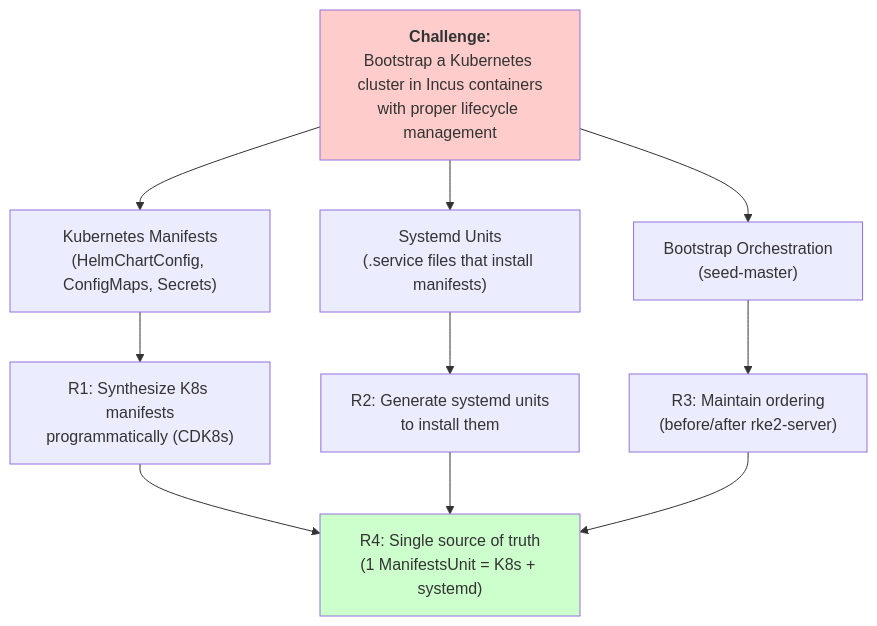
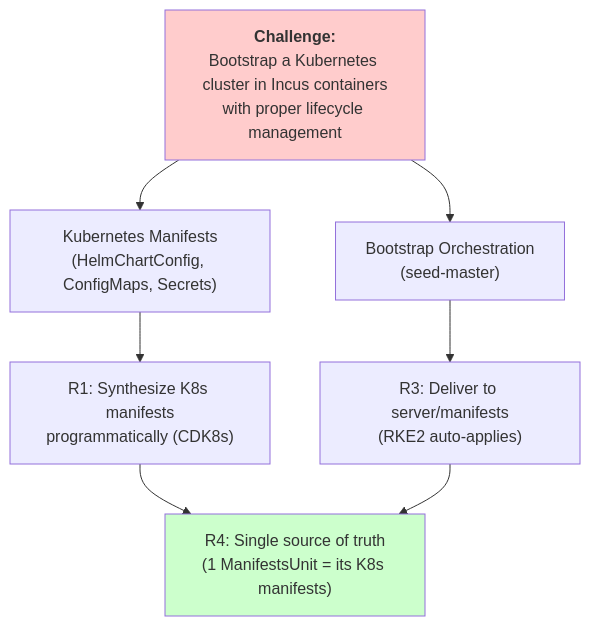
The first of 6 diagrams in docs/architecture/manifests/manifests-architecture.adoc (nxmatic/rke2lab), drawn with Mermaid before and after one commit. The commit also changed other lines of this file and 114 other files, not shown here.

```diff
--- a/docs/architecture/manifests/manifests-architecture.adoc
+++ b/docs/architecture/manifests/manifests-architecture.adoc
@@ -244,27 +225,22 @@
 [mermaid]
 ----
 graph TB
     Problem["<b>Challenge:</b><br/>Bootstrap a Kubernetes cluster in Incus containers<br/>with proper lifecycle management"]
 
     K8sManifests["Kubernetes Manifests<br/>(HelmChartConfig, ConfigMaps, Secrets)"]
-    SystemdUnits["Systemd Units<br/>(.service files that install manifests)"]
     Bootstrap["Bootstrap Orchestration<br/>(seed-master)"]
 
     R1["R1: Synthesize K8s manifests<br/>programmatically (CDK8s)"]
-    R2["R2: Generate systemd units<br/>to install them"]
-    R3["R3: Maintain ordering<br/>(before/after rke2-server)"]
-    R4["R4: Single source of truth<br/>(1 ManifestsUnit = K8s + systemd)"]
+    R3["R3: Deliver to server/manifests<br/>(RKE2 auto-applies)"]
+    R4["R4: Single source of truth<br/>(1 ManifestsUnit = its K8s manifests)"]
 
     Problem --> K8sManifests
-    Problem --> SystemdUnits
     Problem --> Bootstrap
     K8sManifests --> R1
-    SystemdUnits --> R2
     Bootstrap --> R3
     R1 --> R4
-    R2 --> R4
     R3 --> R4
 
     style Problem fill:#ffcccc
     style R4 fill:#ccffcc
 ----
```
